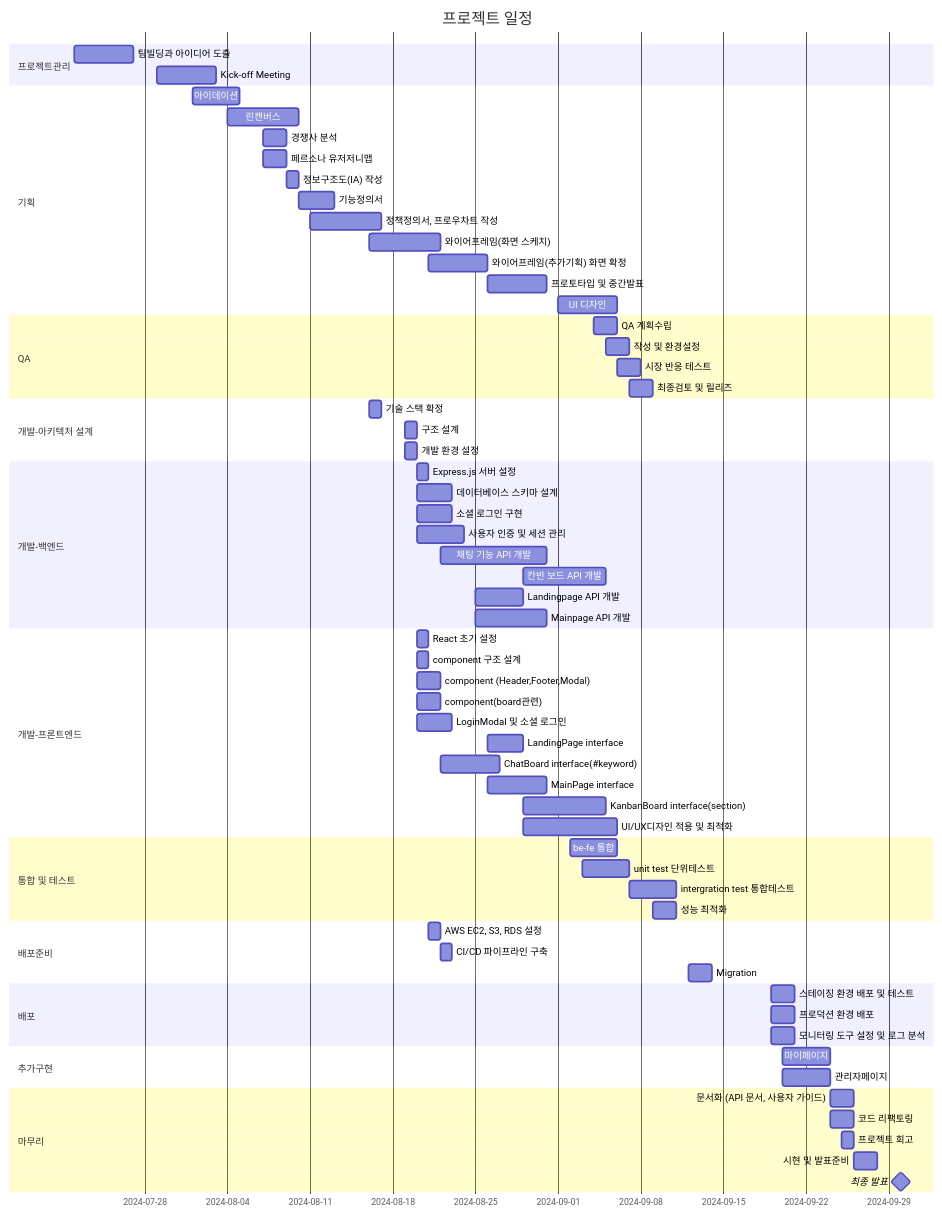
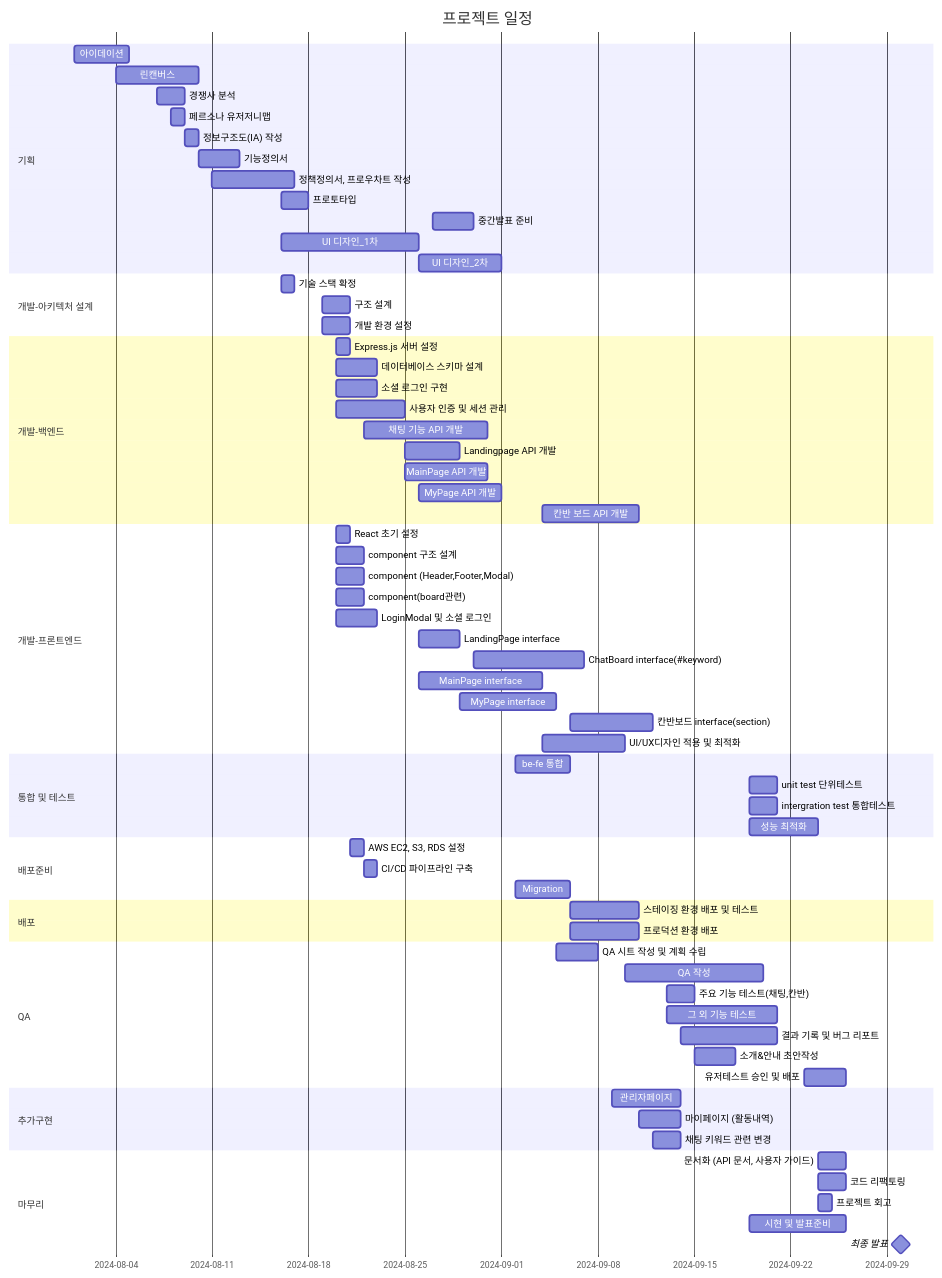
One commit to obokproject/obok-fe changed the first of 5 diagrams in README.md. Above: the diagram before and after it, drawn with Mermaid. The commit also changed other lines of this file and 2 other files, not shown here.

Commit message:
roominfo, aboutpage

````diff
--- a/README.md
+++ b/README.md
@@ -63,82 +62,82 @@
 ```mermaid
 gantt
-title 프로젝트 일정
-dateFormat  YYYY-MM-DD
+    title 프로젝트 일정
+    dateFormat YYYY-MM-DD
+    section 기획
+    아이데이션    :2024-08-01, 4d
+    린캔버스 :2024-08-04, 6d
+    경쟁사 분석 :2024-08-07, 2d
+    페르소나 유저저니맵 : 2024-08-08, 1d
+    정보구조도(IA) 작성 :2024-08-09, 1d
+    기능정의서 : 2024-08-10, 3d
+    정책정의서, 프로우차트 작성 : 2024-08-11, 6d
+    프로토타입 : 2024-08-16, 2d
+    중간발표 준비: 2024-08-27, 3d
+    UI 디자인_1차 : 2024-08-16, 10d
+    UI 디자인_2차 : 2024-08-26, 6d
 
-section 프로젝트관리
-팀빌딩과 아이디어 도출 :a1, 2024-07-22, 5d
-Kick-off Meeting     :a2, 2024-07-29, 5d
+    section 개발-아키텍처 설계
+    기술 스택 확정 :2024-08-16, 1d
+    구조 설계 :2024-08-19, 2d
+    개발 환경 설정 :2024-08-19, 2d
 
-section 기획
-아이데이션    :2024-08-01, 4d
-린캔버스 :2024-08-04, 6d
-경쟁사 분석 :2024-08-07, 2d
-페르소나 유저저니맵 : 2024-08-07, 2d
-정보구조도(IA) 작성 :2024-08-09, 1d
-기능정의서 : 2024-08-010, 3d
-정책정의서, 프로우차트 작성 : 2024-08-11, 6d
-와이어프레임(화면 스케치) : 2024-08-16, 6d
-와이어프레임(추가기획) 화면 확정 : 2024-08-21, 5d
-프로토타입 및 중간발표: 2024-08-26, 5d
-UI 디자인 : 2024-09-01, 5d
+    section 개발-백엔드
+    Express.js 서버 설정 :2024-08-20, 1d
+    데이터베이스 스키마 설계 :2024-08-20, 3d
+    소셜 로그인 구현 :2024-08-20, 3d
+    사용자 인증 및 세션 관리 :2024-08-20, 5d
+    채팅 기능 API 개발 :2024-08-22, 9d
+    Landingpage API 개발 :2024-08-25, 4d
+    MainPage API 개발 :2024-08-25, 6d
+    MyPage API 개발 :2024-08-26, 6d
+    칸반 보드 API 개발 :2024-09-04, 7d
 
-section QA
-QA 계획수립 : 2024-09-04, 2d
-작성 및 환경설정 :2024-09-05, 2d
-시장 반응 테스트 :  2024-09-06, 2d
-최종검토 및 릴리즈 : 2024-09-07, 2d
+    section 개발-프론트엔드
+    React 초기 설정 :2024-08-20, 1d
+    component 구조 설계 :2024-08-20, 2d
+    component (Header,Footer,Modal) :2024-08-20, 2d
+    component(board관련) :2024-08-20, 2d
+    LoginModal 및 소셜 로그인 :2024-08-20, 3d
+    LandingPage interface :2024-08-26, 3d
+    ChatBoard interface(#keyword) :2024-08-30, 8d
+    MainPage interface :2024-08-26, 9d
+    MyPage interface :2024-08-29, 7d
+    칸반보드 interface(section) :2024-09-06, 6d
+    UI/UX디자인 적용 및 최적화 :2024-09-04, 6d
 
-section 개발-아키텍처 설계
-기술 스택 확정 :2024-08-16, 1d
-구조 설계 :2024-08-19, 1d
-개발 환경 설정 :2024-08-19, 1d
+    section 통합 및 테스트
+    be-fe 통합 :2024-09-02, 4d
+    unit test 단위테스트 :2024-09-19, 2d
+    intergration test 통합테스트 :2024-09-19, 2d
+    성능 최적화 :2024-09-19, 5d
 
-section 개발-백엔드
-Express.js 서버 설정 :2024-08-20, 1d
-데이터베이스 스키마 설계 :2024-08-20, 3d
-소셜 로그인 구현 :2024-08-20, 3d
-사용자 인증 및 세션 관리 :2024-08-20, 4d
-채팅 기능 API 개발 :2024-08-22, 9d
-칸반 보드 API 개발 :2024-08-29, 7d
-Landingpage API 개발 :2024-08-25, 4d
-Mainpage API 개발 :2024-08-25, 6d
+    section 배포준비
+    AWS EC2, S3, RDS 설정 :2024-08-21, 1d
+    CI/CD 파이프라인 구축 :2024-08-22, 1d
+    Migration :2024-09-02, 4d
 
-section 개발-프론트엔드
-React 초기 설정 :2024-08-20, 1d
-component 구조 설계 :2024-08-20, 1d
-component (Header,Footer,Modal) :2024-08-20, 2d
-component(board관련) :2024-08-20, 2d
-LoginModal 및 소셜 로그인 :2024-08-20, 3d
-LandingPage interface :2024-08-26, 3d
-ChatBoard interface(#keyword) :2024-08-22, 5d
-MainPage interface :2024-08-26, 5d
-KanbanBoard interface(section) :2024-08-29, 7d
-UI/UX디자인 적용 및 최적화 :2024-08-29, 8d
+    section 배포
+    스테이징 환경 배포 및 테스트 :2024-09-06, 5d
+    프로덕션 환경 배포 :2024-09-06, 5d
 
-section 통합 및 테스트
-be-fe 통합 :2024-09-02, 4d
-unit test 단위테스트 :2024-09-03, 4d
-intergration test 통합테스트 :2024-09-07, 4d
-성능 최적화 :2024-09-09, 2d
+    section QA
+     QA 시트 작성 및 계획 수립 :2024-09-05, 3d
+    QA 작성 :2024-09-10, 10d
+    주요 기능 테스트(채팅,칸반) :2024-09-13, 2d
+    그 외 기능 테스트 :2024-09-13, 8d
+    결과 기록 및 버그 리포트 :2024-09-14, 7d
+    소개&안내 초안작성 :2024-09-15, 3d
+    유저테스트 승인 및 배포 :2024-09-23, 3d
 
-section 배포준비
-AWS EC2, S3, RDS 설정 :2024-08-21, 1d
-CI/CD 파이프라인 구축 :2024-08-22, 1d
-Migration :2024-09-12, 2d
+    section 추가구현
+    관리자페이지 :2024-09-09, 5d
+    마이페이지 (활동내역) :2024-09-11, 3d
+    채팅 키워드 관련 변경 :2024-09-12, 2d
 
-section 배포
-스테이징 환경 배포 및 테스트 :2024-09-19, 2d
-프로덕션 환경 배포 :2024-09-19, 2d
-모니터링 도구 설정 및 로그 분석 :2024-09-19, 2d
-
-section 추가구현
-마이페이지 :2024-09-20, 4d
-관리자페이지 :2024-09-20, 4d
-
-section 마무리
-문서화 (API 문서, 사용자 가이드) :2024-09-24, 2d
-코드 리팩토링 :2024-09-24, 2d
-프로젝트 회고 :2024-09-25, 1d
-시현 및 발표준비 :2024-09-26, 2d
-최종 발표 :milestone, 2024-09-30, 0d
+    section 마무리
+    문서화 (API 문서, 사용자 가이드) :2024-09-24, 2d
+    코드 리팩토링 :2024-09-24, 2d
+    프로젝트 회고 :2024-09-24, 1d
+    시현 및 발표준비 :2024-09-19, 7d
+    최종 발표 :milestone, 2024-09-30, 0d
 ```
````
